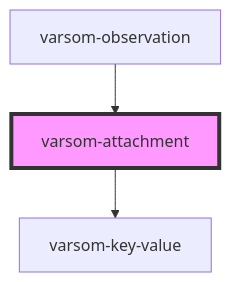
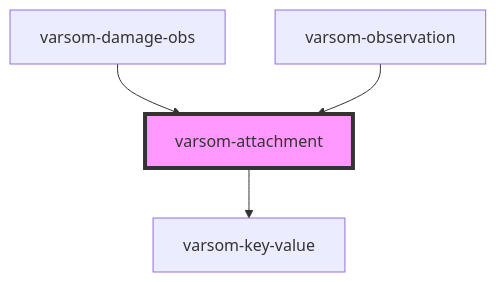
Before and after one commit to NVE/varsom-observation: the diagram in observasjonskort/src/components/varsom-attachment/readme.md, drawn with Mermaid. The commit also changed other lines of this file and 3 other files, not shown here.

````diff
--- a/observasjonskort/src/components/varsom-attachment/readme.md
+++ b/observasjonskort/src/components/varsom-attachment/readme.md
@@ -38,6 +39,7 @@
 ```mermaid
 graph TD;
   varsom-attachment --> varsom-key-value
+  varsom-damage-obs --> varsom-attachment
   varsom-observation --> varsom-attachment
   style varsom-attachment fill:#f9f,stroke:#333,stroke-width:4px
 ```
````
